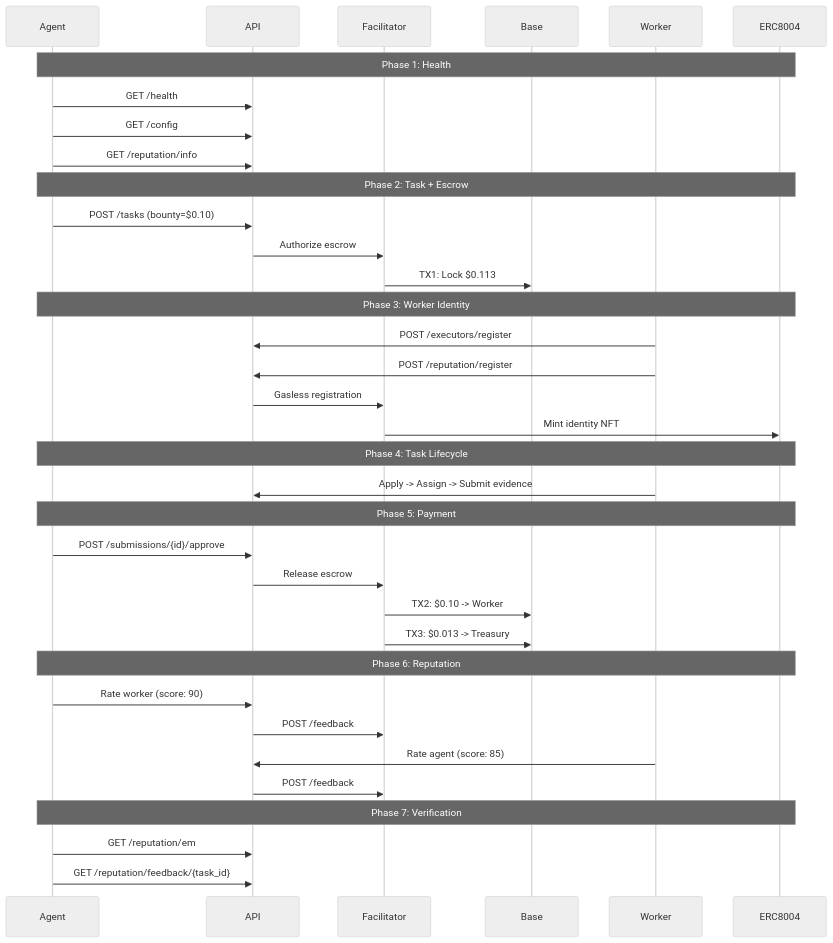
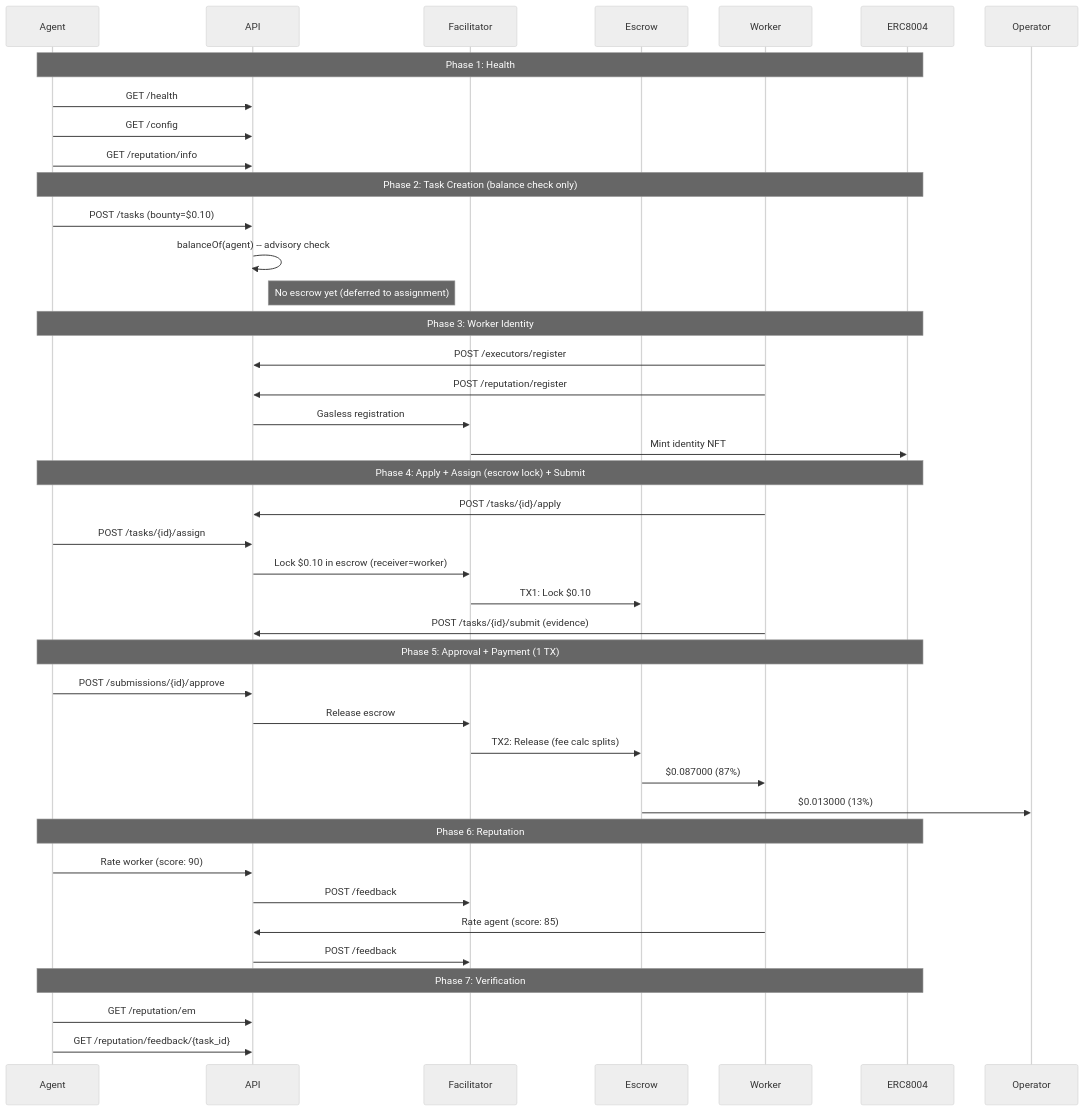
One commit to UltravioletaDAO/execution-market changed the diagram in docs/reports/GOLDEN_FLOW_REPORT.md. Above: the diagram before and after it, drawn with Mermaid (neutral theme). The commit also changed other lines of this file and 4 other files, not shown here.

First line of the commit message:
feat: update Golden Flow for Fase 5 direct_release + credit card model

````diff
--- a/docs/reports/GOLDEN_FLOW_REPORT.md
+++ b/docs/reports/GOLDEN_FLOW_REPORT.md
@@ -35,44 +40,49 @@
 ```mermaid
 sequenceDiagram
     participant Agent
     participant API
     participant Facilitator
-    participant Base
+    participant Escrow
     participant Worker
     participant ERC8004
 
     Note over Agent,ERC8004: Phase 1: Health
     Agent->>API: GET /health
     Agent->>API: GET /config
     Agent->>API: GET /reputation/info
 
-    Note over Agent,ERC8004: Phase 2: Task + Escrow
+    Note over Agent,ERC8004: Phase 2: Task Creation (balance check only)
     Agent->>API: POST /tasks (bounty=$0.10)
-    API->>Facilitator: Authorize escrow
-    Facilitator->>Base: TX1: Lock $0.113
+    API->>API: balanceOf(agent) -- advisory check
+    Note right of API: No escrow yet (deferred to assignment)
 
     Note over Agent,ERC8004: Phase 3: Worker Identity
     Worker->>API: POST /executors/register
     Worker->>API: POST /reputation/register
     API->>Facilitator: Gasless registration
     Facilitator->>ERC8004: Mint identity NFT
 
-    Note over Agent,ERC8004: Phase 4: Task Lifecycle
-    Worker->>API: Apply -> Assign -> Submit evidence
+    Note over Agent,ERC8004: Phase 4: Apply + Assign (escrow lock) + Submit
+    Worker->>API: POST /tasks/{id}/apply
+    Agent->>API: POST /tasks/{id}/assign
+    API->>Facilitator: Lock $0.10 in escrow (receiver=worker)
+    Facilitator->>Escrow: TX1: Lock $0.10
+    Worker->>API: POST /tasks/{id}/submit (evidence)
 
-    Note over Agent,ERC8004: Phase 5: Payment
+    Note over Agent,ERC8004: Phase 5: Approval + Payment (1 TX)
     Agent->>API: POST /submissions/{id}/approve
     API->>Facilitator: Release escrow
-    Facilitator->>Base: TX2: $0.10 -> Worker
-    Facilitator->>Base: TX3: $0.013 -> Treasury
+    Facilitator->>Escrow: TX2: Release (fee calc splits)
+    Escrow->>Worker: $0.087000 (87%)
+    Escrow->>Operator: $0.013000 (13%)
 
     Note over Agent,ERC8004: Phase 6: Reputation
     Agent->>API: Rate worker (score: 90)
     API->>Facilitator: POST /feedback
     Worker->>API: Rate agent (score: 85)
     API->>Facilitator: POST /feedback
 
     Note over Agent,ERC8004: Phase 7: Verification
     Agent->>API: GET /reputation/em
     Agent->>API: GET /reputation/feedback/{task_id}
 ```
````
